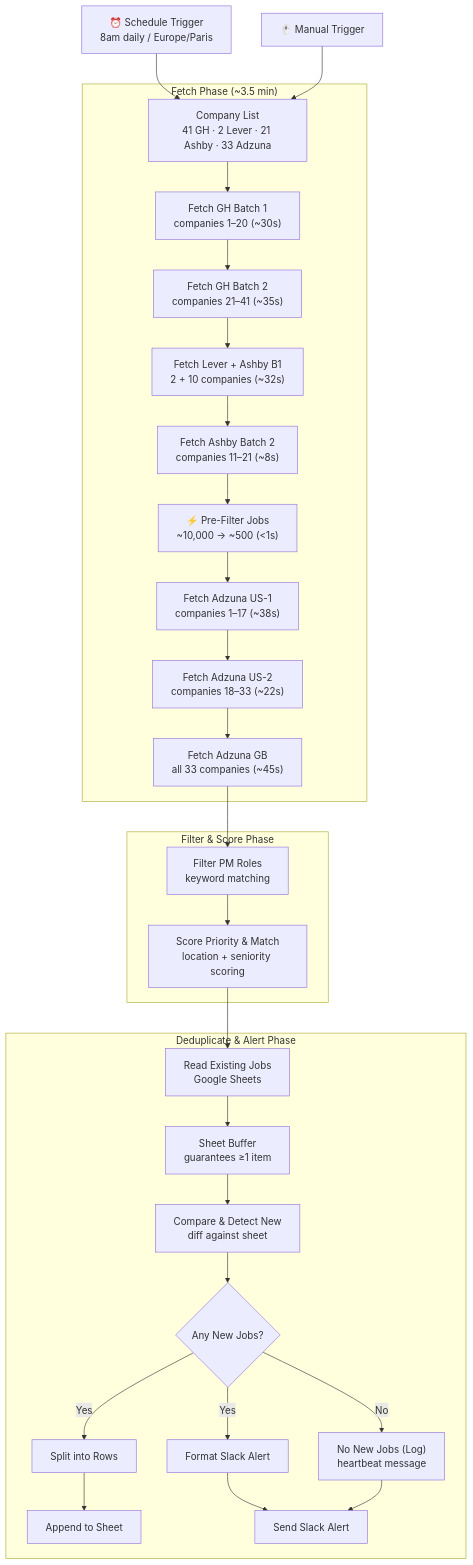
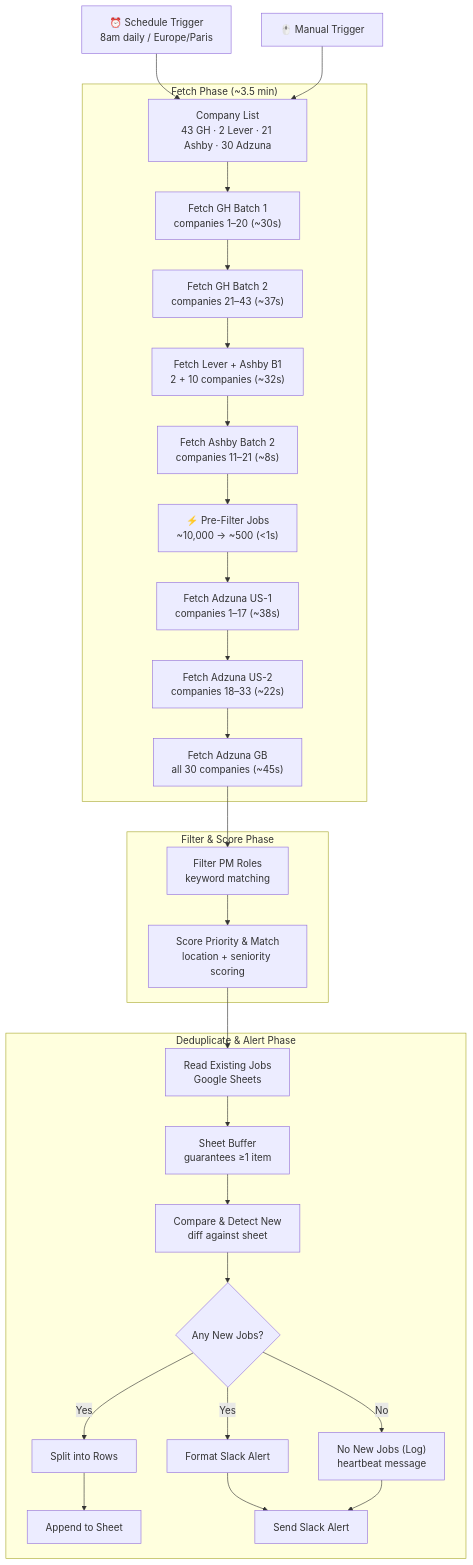
The diagram in README.md (djianp/ai-job-alerts), drawn with Mermaid before and after one commit. The commit also changed other lines of this file and 3 other files, not shown here.

First line of the commit message:
Update: LinkedIn→GH, ZoomInfo added, Adzuna taxonomy names fixed (96 companies)

````diff
--- a/README.md
+++ b/README.md
@@ -35,40 +35,40 @@
 ```mermaid
 flowchart TD
     A["⏰ Schedule Trigger\n8am daily / Europe/Paris"] --> C
     B["🖱️ Manual Trigger"] --> C
 
     subgraph FETCH ["Fetch Phase (~3.5 min)"]
-        C["Company List\n41 GH · 2 Lever · 21 Ashby · 33 Adzuna"]
+        C["Company List\n43 GH · 2 Lever · 21 Ashby · 30 Adzuna"]
         D["Fetch GH Batch 1\ncompanies 1–20  (~30s)"]
-        E["Fetch GH Batch 2\ncompanies 21–41  (~35s)"]
+        E["Fetch GH Batch 2\ncompanies 21–43  (~37s)"]
         F["Fetch Lever + Ashby B1\n2 + 10 companies  (~32s)"]
         G["Fetch Ashby Batch 2\ncompanies 11–21  (~8s)"]
         H["⚡ Pre-Filter Jobs\n~10,000 → ~500  (<1s)"]
         I["Fetch Adzuna US-1\ncompanies 1–17  (~38s)"]
         J["Fetch Adzuna US-2\ncompanies 18–33  (~22s)"]
-        K["Fetch Adzuna GB\nall 33 companies  (~45s)"]
+        K["Fetch Adzuna GB\nall 30 companies  (~45s)"]
         C --> D --> E --> F --> G --> H --> I --> J --> K
     end
 
     subgraph FILTER ["Filter & Score Phase"]
         L["Filter PM Roles\nkeyword matching"]
         M["Score Priority & Match\nlocation + seniority scoring"]
         K --> L --> M
     end
 
     subgraph ALERT ["Deduplicate & Alert Phase"]
         N["Read Existing Jobs\nGoogle Sheets"]
         O["Sheet Buffer\nguarantees ≥1 item"]
         P["Compare & Detect New\ndiff against sheet"]
         Q{"Any New Jobs?"}
         R["Split into Rows"]
         S["Append to Sheet"]
         T["Format Slack Alert"]
         U["Send Slack Alert"]
         V["No New Jobs (Log)\nheartbeat message"]
         M --> N --> O --> P --> Q
         Q -->|"Yes"| R --> S
         Q -->|"Yes"| T --> U
         Q -->|"No"| V --> U
     end
 ```
````
